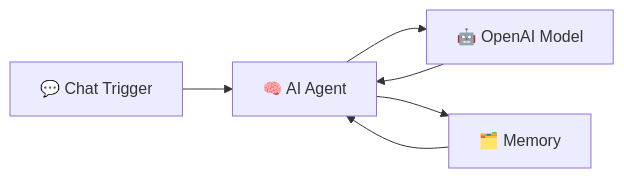
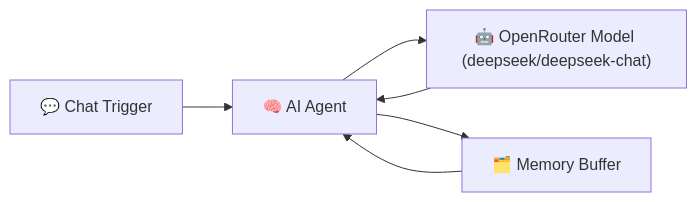
The diagram in n8n - Get Started/101-start-here/README.md (traversaal-ai/agents-in-action), drawn with Mermaid before and after one commit. The commit also changed other lines of this file and 1 other file, not shown here.

Commit message:
change 101 from openAI to openRouter

````diff
--- a/n8n - Get Started/101-start-here/README.md
+++ b/n8n - Get Started/101-start-here/README.md
@@ -25,8 +25,8 @@
 ```mermaid
 flowchart LR
-    A[💬 Chat Trigger] --> B[🧠 AI Agent]
-    B --> C[🤖 OpenAI Model]
-    B --> D[🗂️ Memory]
+    A["💬 Chat Trigger"] --> B["🧠 AI Agent"]
+    B --> C["🤖 OpenRouter Model (deepseek/deepseek-chat)"]
+    B --> D["🗂️ Memory Buffer"]
     C --> B
     D --> B
 ```
````
